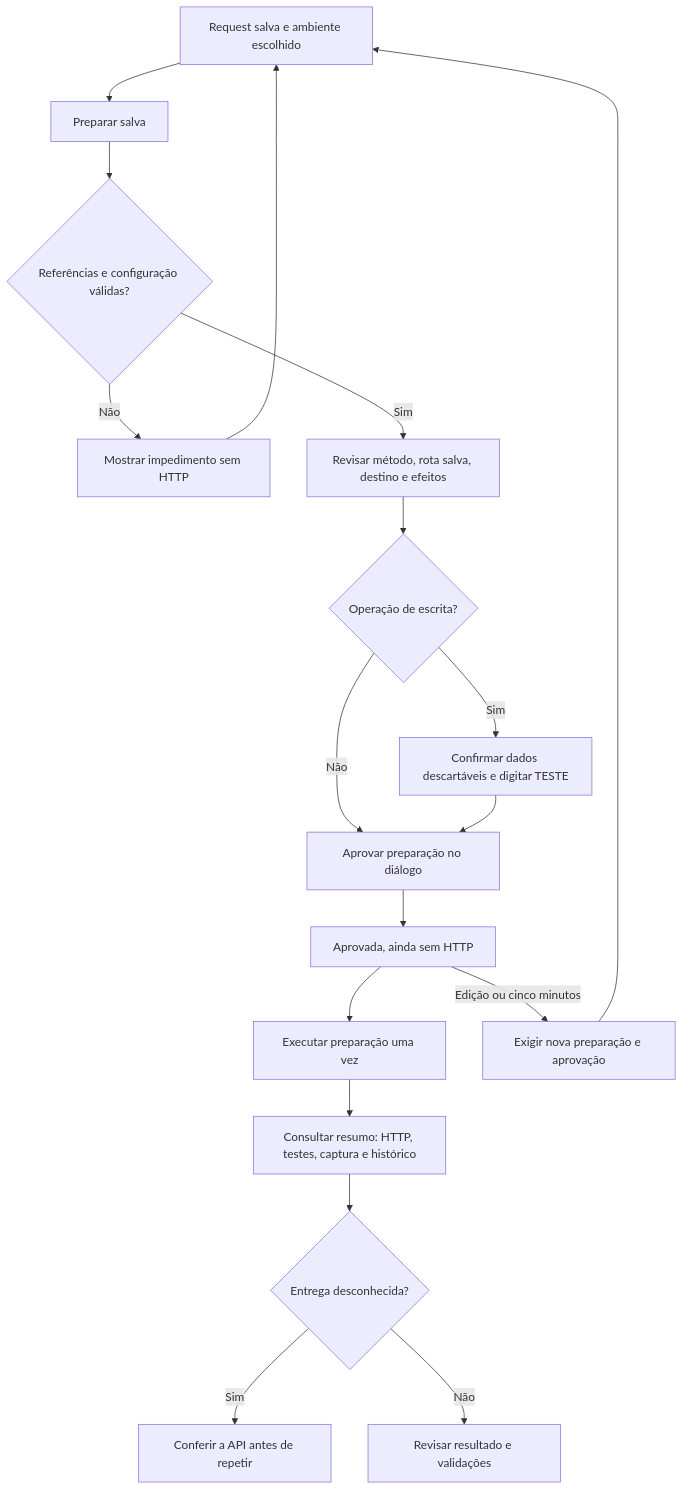
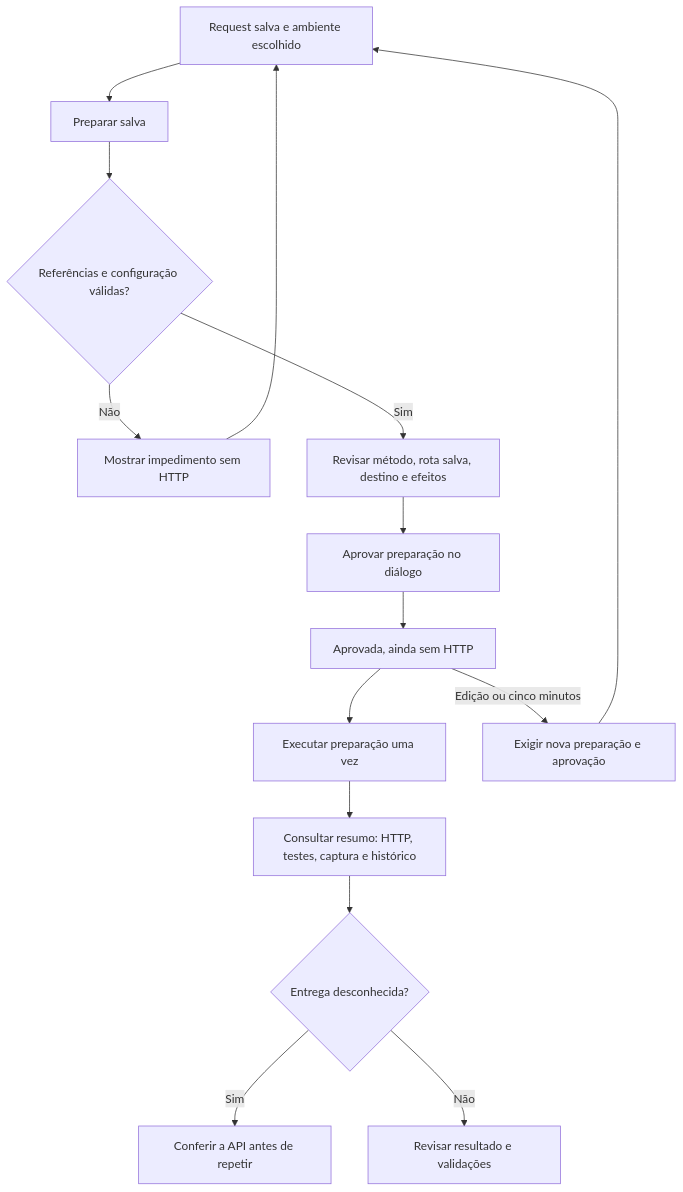
The diagram in docs/structured-execution.md (JeffyMesquita/Vortix), drawn with Mermaid before and after one commit. The commit also changed other lines of this file and 31 other files, not shown here.

````diff
--- a/docs/structured-execution.md
+++ b/docs/structured-execution.md
@@ -17,20 +17,17 @@
 ```mermaid
 flowchart TD
     Saved[Request salva e ambiente escolhido] --> Prepare[Preparar salva]
     Prepare --> Valid{Referências e configuração válidas?}
     Valid -- Não --> Blocked[Mostrar impedimento sem HTTP]
     Blocked --> Saved
     Valid -- Sim --> Review[Revisar método, rota salva, destino e efeitos]
-    Review --> Write{Operação de escrita?}
-    Write -- Sim --> Guard[Confirmar dados descartáveis e digitar TESTE]
-    Write -- Não --> Approve[Aprovar preparação no diálogo]
-    Guard --> Approve
+    Review --> Approve[Aprovar preparação no diálogo]
     Approve --> Ready[Aprovada, ainda sem HTTP]
     Ready --> Execute[Executar preparação uma vez]
     Ready -- Edição ou cinco minutos --> Invalidated[Exigir nova preparação e aprovação]
     Invalidated --> Saved
     Execute --> Result[Consultar resumo: HTTP, testes, captura e histórico]
     Result --> Unknown{Entrega desconhecida?}
     Unknown -- Sim --> Inspect[Conferir a API antes de repetir]
     Unknown -- Não --> Finish[Revisar resultado e validações]
 ```
````
